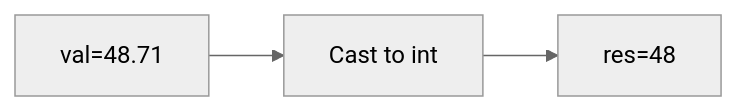
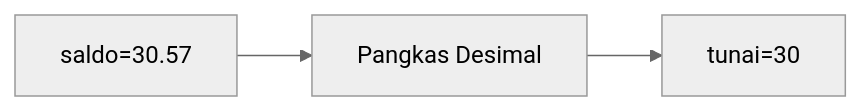
One commit to amnahwaida/OSNK_INF_PREP changed the second of 25 diagrams in part-c-pemahaman-cpp/01-tipe-data/latihan/set-08.md. Above: the diagram before and after it, drawn with Mermaid (neutral theme). The commit also changed other lines of this file and 71 other files, not shown here.

````diff
--- a/part-c-pemahaman-cpp/01-tipe-data/latihan/set-08.md
+++ b/part-c-pemahaman-cpp/01-tipe-data/latihan/set-08.md
@@ -48,5 +49,5 @@
 ```mermaid
 graph LR
-A["val=48.71"] --> B["Cast to int"]
-B --> C["res=48"]
+A["saldo=30.57"] --> B["Pangkas Desimal"]
+B --> C["tunai=30"]
 ```
````
